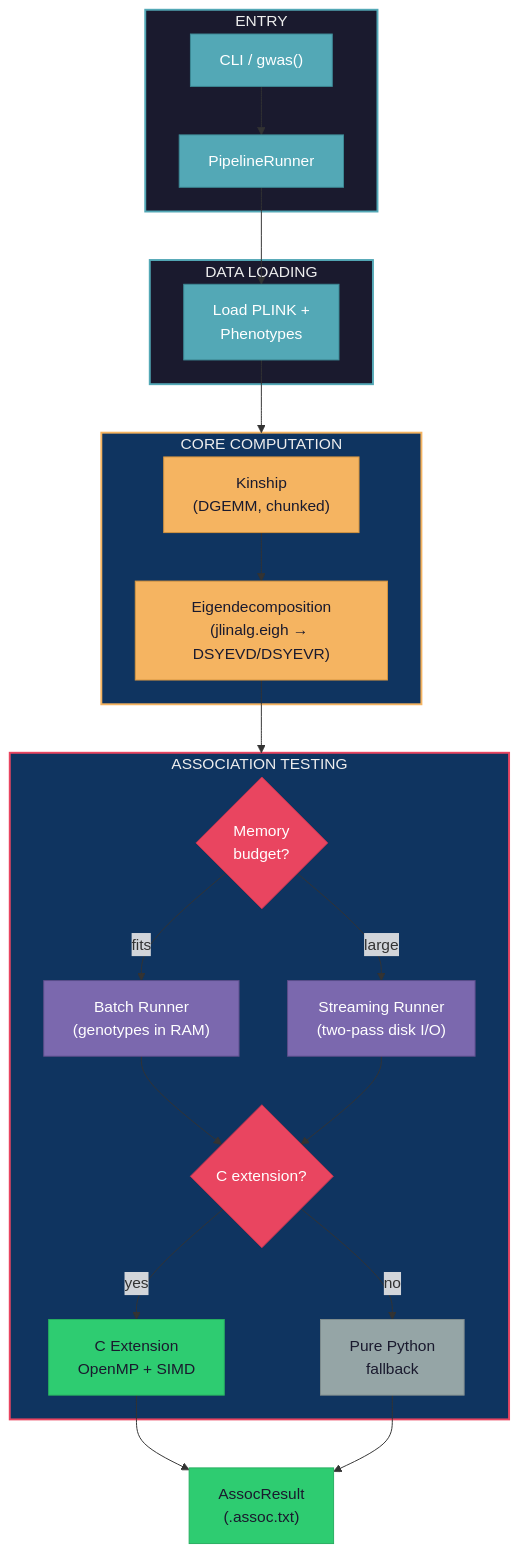
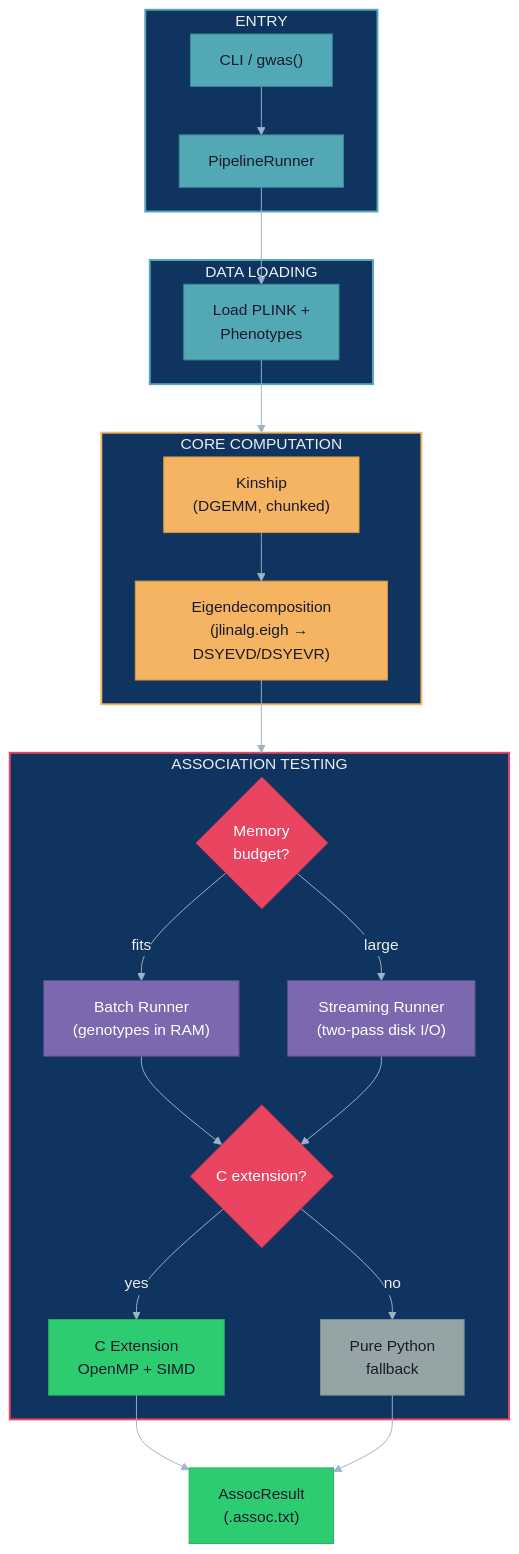
The diagram in README.md (michael-denyer/jamma), drawn with Mermaid before and after one commit. The commit also changed 4 other files, not shown here.

````diff
--- a/README.md
+++ b/README.md
@@ -228,61 +228,69 @@
 ```mermaid
+---
+config:
+  theme: base
+  themeVariables:
+    lineColor: "#9fb3c8"
+    primaryTextColor: "#eeeeee"
+    edgeLabelBackground: "#0f3460"
+---
 flowchart TD
     subgraph ENTRY["ENTRY"]
         CLI["CLI / gwas()"]
         PIPE["PipelineRunner"]
         CLI --> PIPE
     end
 
     subgraph IO["DATA LOADING"]
         LOAD["Load PLINK +<br/>Phenotypes"]
     end
 
     subgraph CORE["CORE COMPUTATION"]
         KIN["Kinship<br/>(DGEMM, chunked)"]
         EIG["Eigendecomposition<br/>(jlinalg.eigh → DSYEVD/DSYEVR)"]
         KIN --> EIG
     end
 
     subgraph ASSOC["ASSOCIATION TESTING"]
         MEM{"Memory<br/>budget?"}
         NP["Batch Runner<br/>(genotypes in RAM)"]
         NPS["Streaming Runner<br/>(two-pass disk I/O)"]
         CEXT{"C extension?"}
         C["C Extension<br/>OpenMP + SIMD"]
         PY["Pure Python<br/>fallback"]
         MEM -->|fits| NP
         MEM -->|large| NPS
         NP --> CEXT
         NPS --> CEXT
         CEXT -->|yes| C
         CEXT -->|no| PY
     end
 
     RES["AssocResult<br/>(.assoc.txt)"]
 
     PIPE --> LOAD --> CORE
     EIG --> ASSOC
     C --> RES
     PY --> RES
 
-    style ENTRY fill:#1a1a2e,stroke:#53a8b6,color:#eee,stroke-width:2px
-    style IO fill:#1a1a2e,stroke:#53a8b6,color:#eee,stroke-width:2px
+    style ENTRY fill:#0f3460,stroke:#53a8b6,color:#eee,stroke-width:2px
+    style IO fill:#0f3460,stroke:#53a8b6,color:#eee,stroke-width:2px
     style CORE fill:#0f3460,stroke:#f5b461,color:#eee,stroke-width:2px
     style ASSOC fill:#0f3460,stroke:#e94560,color:#eee,stroke-width:2px
 
-    style CLI fill:#53a8b6,stroke:#3d8a96,color:#fff
-    style PIPE fill:#53a8b6,stroke:#3d8a96,color:#fff
-    style LOAD fill:#53a8b6,stroke:#3d8a96,color:#fff
+    style CLI fill:#53a8b6,stroke:#3d8a96,color:#1a1a2e
+    style PIPE fill:#53a8b6,stroke:#3d8a96,color:#1a1a2e
+    style LOAD fill:#53a8b6,stroke:#3d8a96,color:#1a1a2e
 
     style KIN fill:#f5b461,stroke:#d4943f,color:#1a1a2e
     style EIG fill:#f5b461,stroke:#d4943f,color:#1a1a2e
 
     style MEM fill:#e94560,stroke:#c73550,color:#fff
     style NP fill:#7b68ae,stroke:#5a4d8a,color:#fff
     style NPS fill:#7b68ae,stroke:#5a4d8a,color:#fff
     style CEXT fill:#e94560,stroke:#c73550,color:#fff
     style C fill:#2ecc71,stroke:#27ae60,color:#1a1a2e
     style PY fill:#95a5a6,stroke:#7f8c8d,color:#1a1a2e
 
     style RES fill:#2ecc71,stroke:#27ae60,color:#1a1a2e
 ```
````
